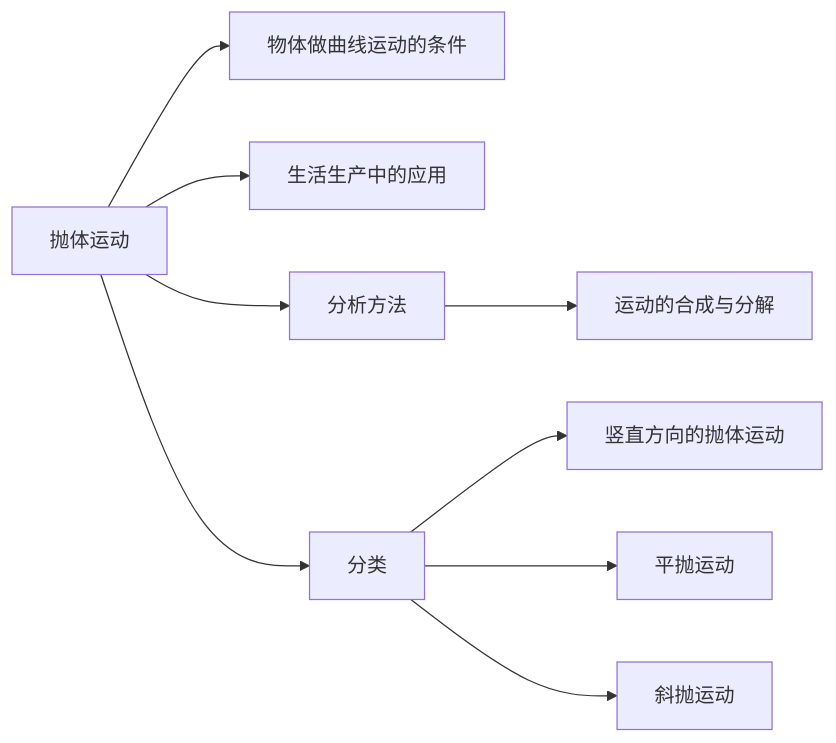
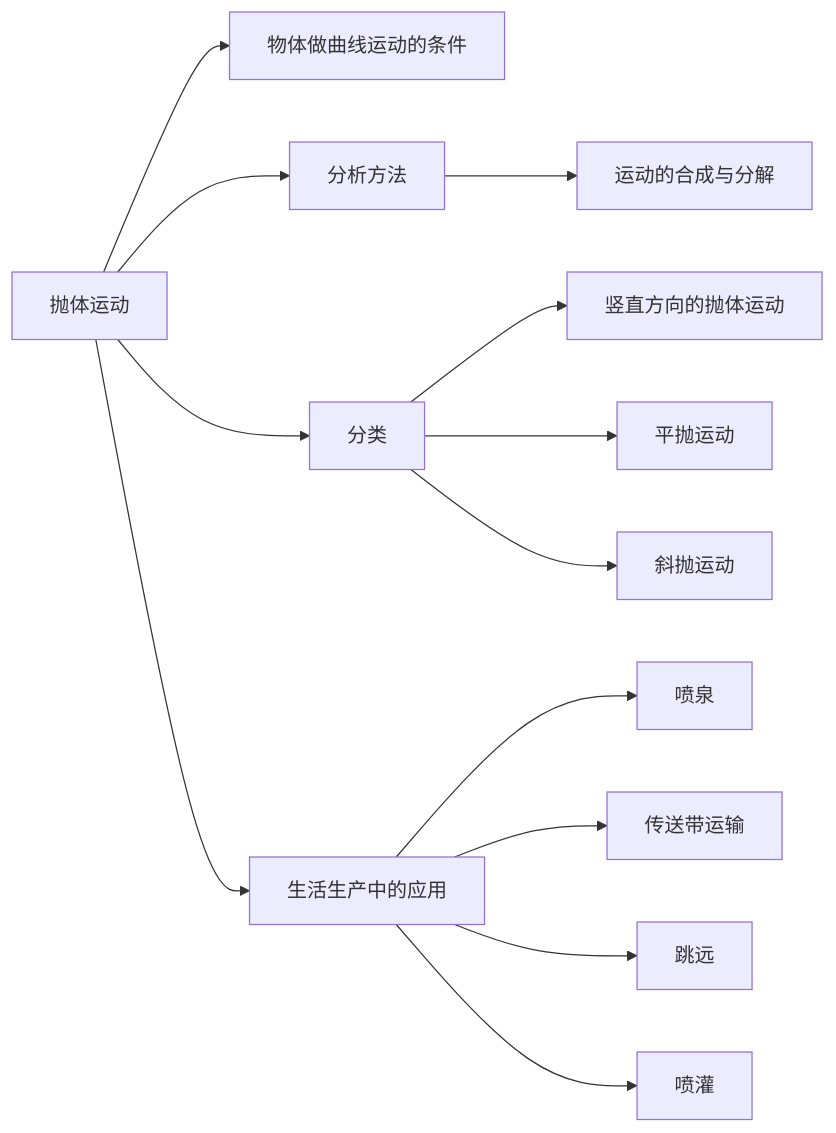
The diagram in docs/art/phy/2.1/2.1.md (Github-DVIA/FASTlearn), drawn with Mermaid before and after one commit. The commit also changed 8 other files, not shown here.

````diff
--- a/docs/art/phy/2.1/2.1.md
+++ b/docs/art/phy/2.1/2.1.md
@@ -3,8 +3,12 @@
 ```mermaid
 graph LR
 抛体运动 --> 1[物体做曲线运动的条件] & way[分析方法] & kind[分类] & 2[生活生产中的应用]
+2 --> 喷泉 & 传送带运输 & 跳远 & 喷灌
 way --> 3[运动的合成与分解]
 kind --> 4[竖直方向的抛体运动] & 5[平抛运动] & 6[斜抛运动]
-click 1 "../2.1.3"
+click 1 "../2.1.1"
+click 3 "../2.1.2"
 click 5 "../2.1.4"
+click 4 "../2.1.6"
+click 6 "../2.1.5"
 ```
````
